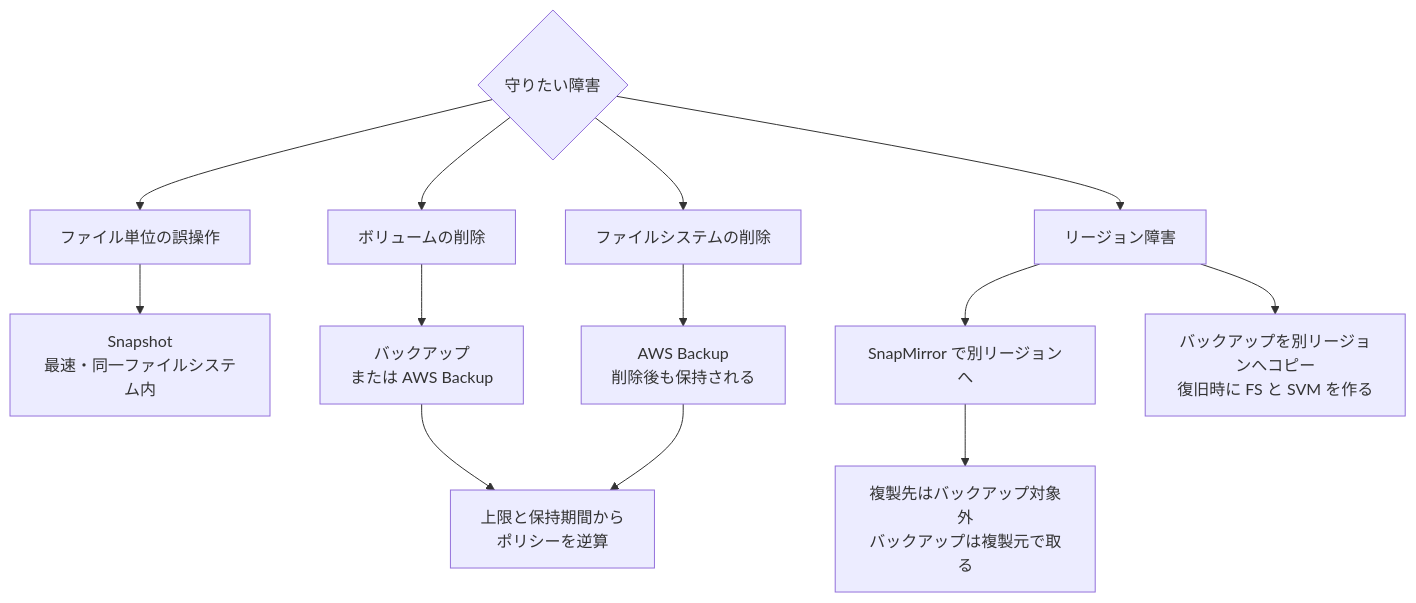
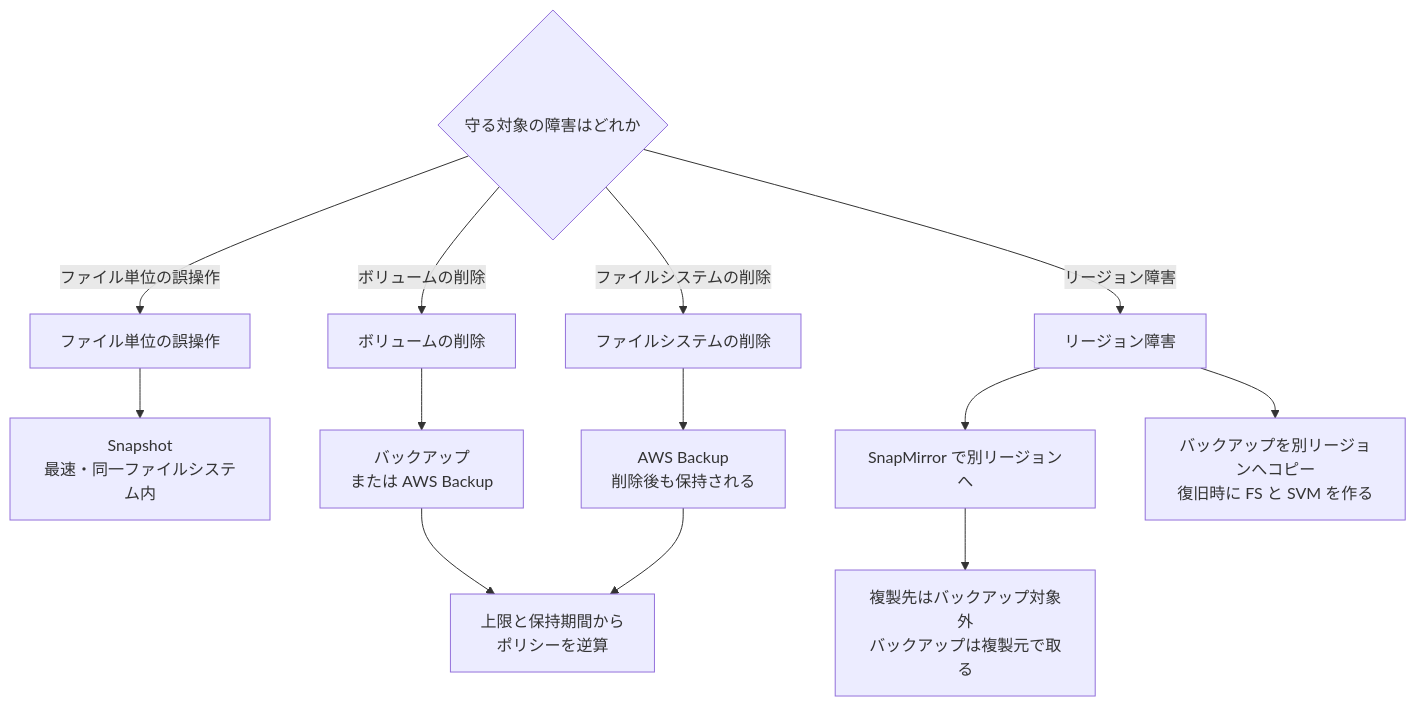
Before and after one commit to Yoshiki0705/FSx-for-ONTAP-Adoption-Playbook: the diagram in docs/ja/domains/data-protection/notes/snapshots-are-not-a-recovery-plan.md, drawn with Mermaid. The commit also changed other lines of this file and 257 other files, not shown here.

````diff
--- a/docs/ja/domains/data-protection/notes/snapshots-are-not-a-recovery-plan.md
+++ b/docs/ja/domains/data-protection/notes/snapshots-are-not-a-recovery-plan.md
@@ -152,17 +166,17 @@
 ```mermaid
 graph TD
-    Q{守りたい障害} --> F[ファイル単位の誤操作]
-    Q --> V[ボリュームの削除]
-    Q --> FS[ファイルシステムの削除]
-    Q --> R[リージョン障害]
+    Q{守る対象の障害はどれか} -->|ファイル単位の誤操作| F[ファイル単位の誤操作]
+    Q -->|ボリュームの削除| V[ボリュームの削除]
+    Q -->|ファイルシステムの削除| FS[ファイルシステムの削除]
+    Q -->|リージョン障害| R[リージョン障害]
 
     F --> F1[Snapshot<br/>最速・同一ファイルシステム内]
     V --> V1[バックアップ<br/>または AWS Backup]
     FS --> FS1[AWS Backup<br/>削除後も保持される]
     R --> R1[SnapMirror で別リージョンへ]
     R --> R2["バックアップを別リージョンへコピー<br/>復旧時に FS と SVM を作る"]
 
     R1 --> WARN[複製先はバックアップ対象外<br/>バックアップは複製元で取る]
     V1 --> RET[上限と保持期間から<br/>ポリシーを逆算]
     FS1 --> RET
 ```
````
